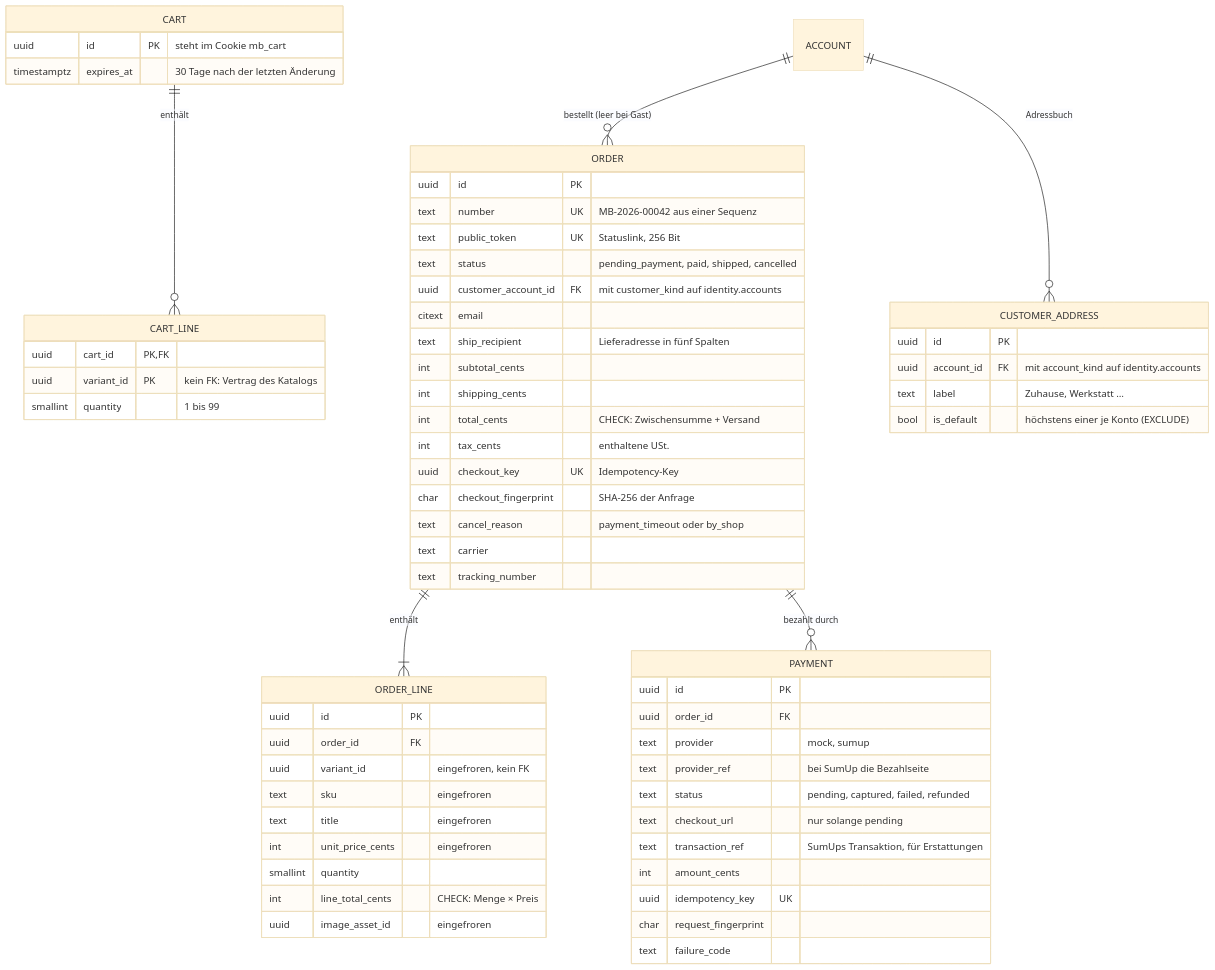
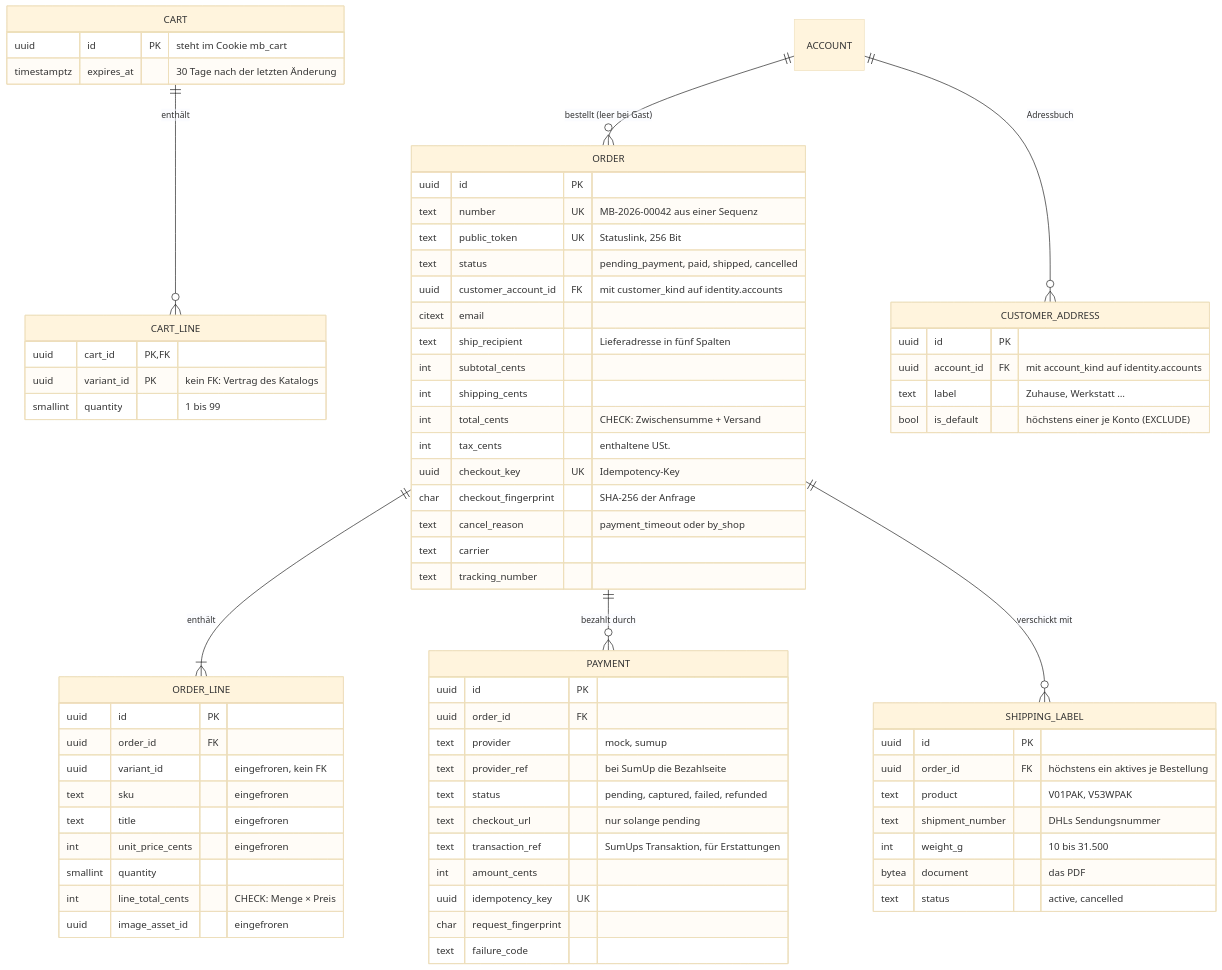
One commit to nelebolsewig-droid/modellbahn-shop changed the sixth of 8 diagrams in docs/KONZEPT.md. Above: the diagram before and after it, drawn with Mermaid (base theme). The commit also changed other lines of this file and 30 other files, not shown here.

````diff
--- a/docs/KONZEPT.md
+++ b/docs/KONZEPT.md
@@ -727,66 +728,76 @@
 ```mermaid
 erDiagram
     CART ||--o{ CART_LINE : "enthält"
     ORDER ||--|{ ORDER_LINE : "enthält"
     ORDER ||--o{ PAYMENT : "bezahlt durch"
+    ORDER ||--o{ SHIPPING_LABEL : "verschickt mit"
     ACCOUNT ||--o{ ORDER : "bestellt (leer bei Gast)"
     ACCOUNT ||--o{ CUSTOMER_ADDRESS : "Adressbuch"
 
     CART {
         uuid id PK "steht im Cookie mb_cart"
         timestamptz expires_at "30 Tage nach der letzten Änderung"
     }
     CART_LINE {
         uuid cart_id PK, FK
         uuid variant_id PK "kein FK: Vertrag des Katalogs"
         smallint quantity "1 bis 99"
     }
     ORDER {
         uuid id PK
         text number UK "MB-2026-00042 aus einer Sequenz"
         text public_token UK "Statuslink, 256 Bit"
         text status "pending_payment, paid, shipped, cancelled"
         uuid customer_account_id FK "mit customer_kind auf identity.accounts"
         citext email
         text ship_recipient "Lieferadresse in fünf Spalten"
         int subtotal_cents
         int shipping_cents
         int total_cents "CHECK: Zwischensumme + Versand"
         int tax_cents "enthaltene USt."
         uuid checkout_key UK "Idempotency-Key"
         char checkout_fingerprint "SHA-256 der Anfrage"
         text cancel_reason "payment_timeout oder by_shop"
         text carrier
         text tracking_number
     }
     ORDER_LINE {
         uuid id PK
         uuid order_id FK
         uuid variant_id "eingefroren, kein FK"
         text sku "eingefroren"
         text title "eingefroren"
         int unit_price_cents "eingefroren"
         smallint quantity
         int line_total_cents "CHECK: Menge × Preis"
         uuid image_asset_id "eingefroren"
     }
     PAYMENT {
         uuid id PK
         uuid order_id FK
         text provider "mock, sumup"
         text provider_ref "bei SumUp die Bezahlseite"
         text status "pending, captured, failed, refunded"
         text checkout_url "nur solange pending"
         text transaction_ref "SumUps Transaktion, für Erstattungen"
         int amount_cents
         uuid idempotency_key UK
         char request_fingerprint
         text failure_code
     }
+    SHIPPING_LABEL {
+        uuid id PK
+        uuid order_id FK "höchstens ein aktives je Bestellung"
+        text product "V01PAK, V53WPAK"
+        text shipment_number "DHLs Sendungsnummer"
+        int weight_g "10 bis 31.500"
+        bytea document "das PDF"
+        text status "active, cancelled"
+    }
     CUSTOMER_ADDRESS {
         uuid id PK
         uuid account_id FK "mit account_kind auf identity.accounts"
         text label "Zuhause, Werkstatt …"
         bool is_default "höchstens einer je Konto (EXCLUDE)"
     }
 ```
````
